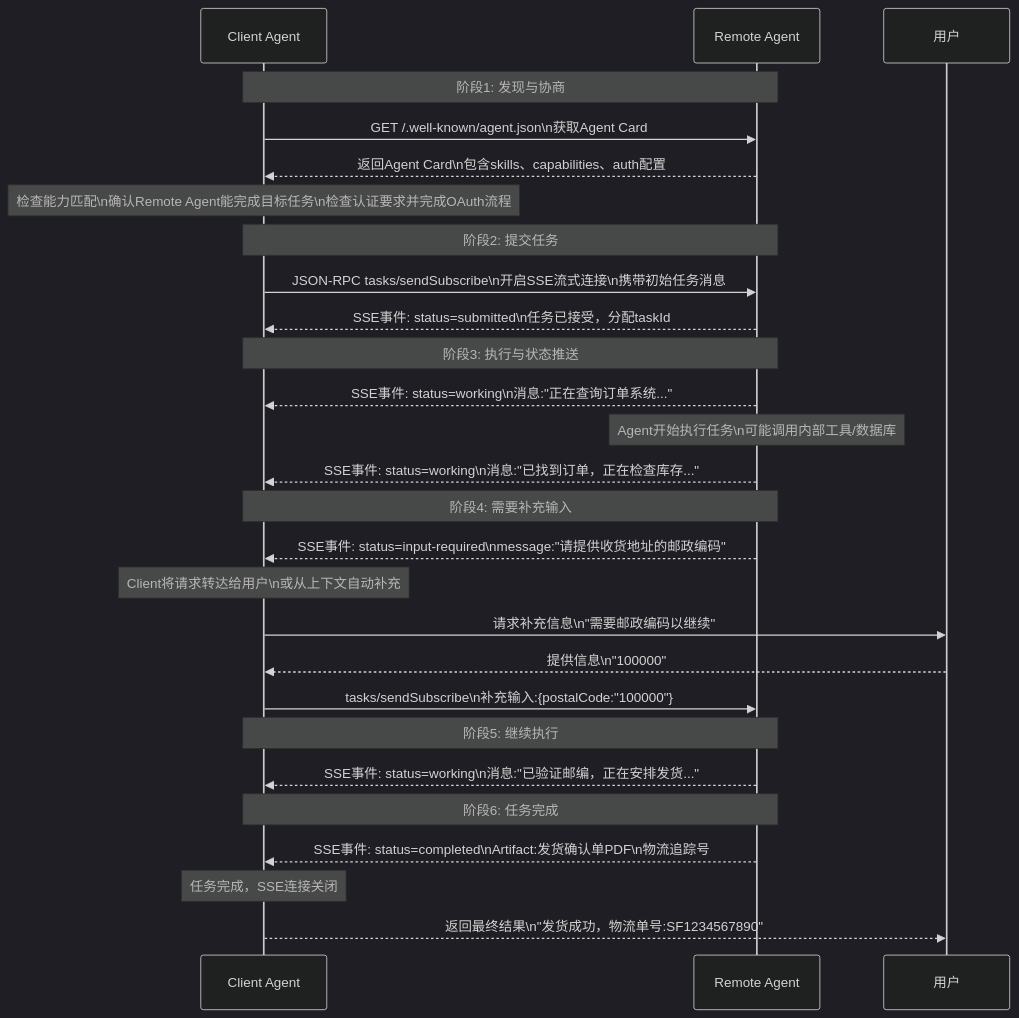
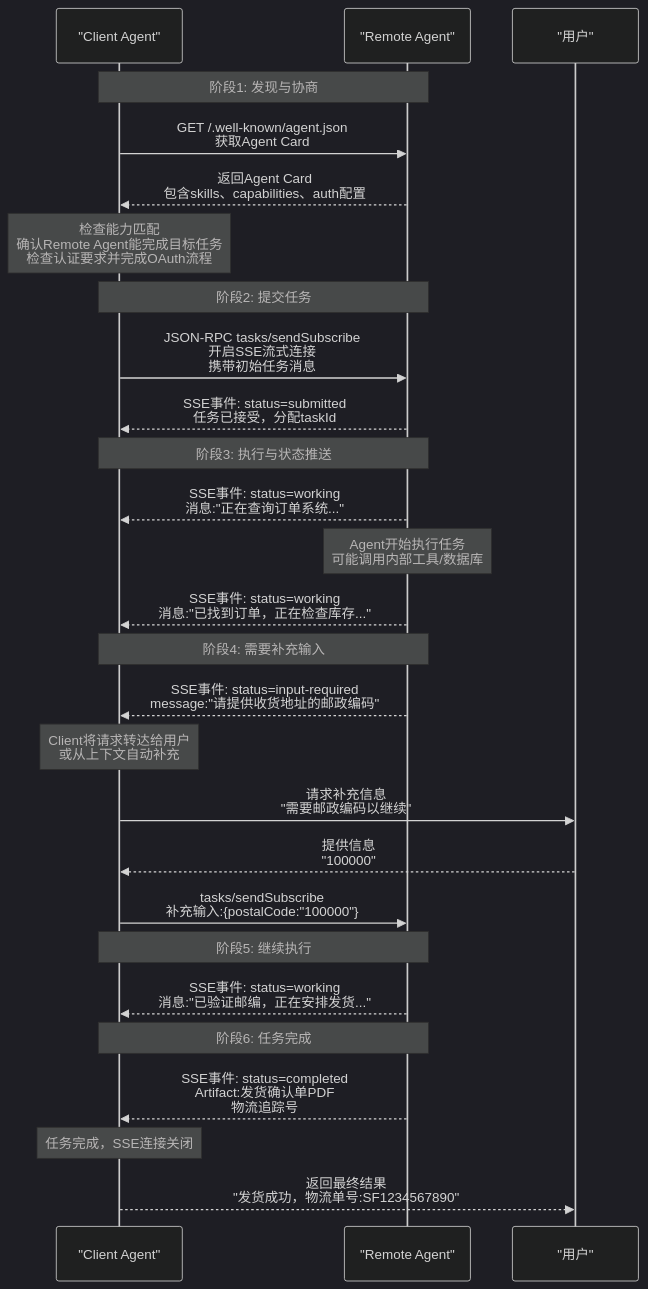
One commit to xinetzone/SpecWeave changed the second of 8 diagrams in docs/knowledge/learning/agent-communication-protocols/06-flows.md. Above: the diagram before and after it, drawn with Mermaid (dark theme). The commit also changed other lines of this file and 12 other files, not shown here.

First line of the commit message:
fix(mermaid): 修复所有Mermaid图中\\n字面显示问题

````diff
--- a/docs/knowledge/learning/agent-communication-protocols/06-flows.md
+++ b/docs/knowledge/learning/agent-communication-protocols/06-flows.md
@@ -77,30 +76,29 @@
 ```mermaid
 sequenceDiagram
-    participant Client as Client Agent
-    participant Remote as Remote Agent
-    participant User as 用户
-
+    participant Client as "Client Agent"
+    participant Remote as "Remote Agent"
+    participant User as "用户"
     note over Client,Remote: 阶段1: 发现与协商
-    Client->>Remote: GET /.well-known/agent.json\n获取Agent Card
-    Remote-->>Client: 返回Agent Card\n包含skills、capabilities、auth配置
-    note over Client: 检查能力匹配\n确认Remote Agent能完成目标任务\n检查认证要求并完成OAuth流程
+    Client->>Remote: GET /.well-known/agent.json<br/>获取Agent Card
+    Remote-->>Client: 返回Agent Card<br/>包含skills、capabilities、auth配置
+    note over Client: 检查能力匹配<br/>确认Remote Agent能完成目标任务<br/>检查认证要求并完成OAuth流程
     note over Client,Remote: 阶段2: 提交任务
-    Client->>Remote: JSON-RPC tasks/sendSubscribe\n开启SSE流式连接\n携带初始任务消息
-    Remote-->>Client: SSE事件: status=submitted\n任务已接受，分配taskId
+    Client->>Remote: JSON-RPC tasks/sendSubscribe<br/>开启SSE流式连接<br/>携带初始任务消息
+    Remote-->>Client: SSE事件: status=submitted<br/>任务已接受，分配taskId
     note over Client,Remote: 阶段3: 执行与状态推送
-    Remote-->>Client: SSE事件: status=working\n消息:"正在查询订单系统..."
-    note over Remote: Agent开始执行任务\n可能调用内部工具/数据库
-    Remote-->>Client: SSE事件: status=working\n消息:"已找到订单，正在检查库存..."
+    Remote-->>Client: SSE事件: status=working<br/>消息:"正在查询订单系统..."
+    note over Remote: Agent开始执行任务<br/>可能调用内部工具/数据库
+    Remote-->>Client: SSE事件: status=working<br/>消息:"已找到订单，正在检查库存..."
     note over Client,Remote: 阶段4: 需要补充输入
-    Remote-->>Client: SSE事件: status=input-required\nmessage:"请提供收货地址的邮政编码"
-    note over Client: Client将请求转达给用户\n或从上下文自动补充
-    Client->>User: 请求补充信息\n"需要邮政编码以继续"
-    User-->>Client: 提供信息\n"100000"
-    Client->>Remote: tasks/sendSubscribe\n补充输入:{postalCode:"100000"}
+    Remote-->>Client: SSE事件: status=input-required<br/>message:"请提供收货地址的邮政编码"
+    note over Client: Client将请求转达给用户<br/>或从上下文自动补充
+    Client->>User: 请求补充信息<br/>"需要邮政编码以继续"
+    User-->>Client: 提供信息<br/>"100000"
+    Client->>Remote: tasks/sendSubscribe<br/>补充输入:{postalCode:"100000"}
     note over Client,Remote: 阶段5: 继续执行
-    Remote-->>Client: SSE事件: status=working\n消息:"已验证邮编，正在安排发货..."
+    Remote-->>Client: SSE事件: status=working<br/>消息:"已验证邮编，正在安排发货..."
     note over Client,Remote: 阶段6: 任务完成
-    Remote-->>Client: SSE事件: status=completed\nArtifact:发货确认单PDF\n物流追踪号
+    Remote-->>Client: SSE事件: status=completed<br/>Artifact:发货确认单PDF<br/>物流追踪号
     note over Client: 任务完成，SSE连接关闭
-    Client-->>User: 返回最终结果\n"发货成功，物流单号:SF1234567890"
+    Client-->>User: 返回最终结果<br/>"发货成功，物流单号:SF1234567890"
 ```
````
